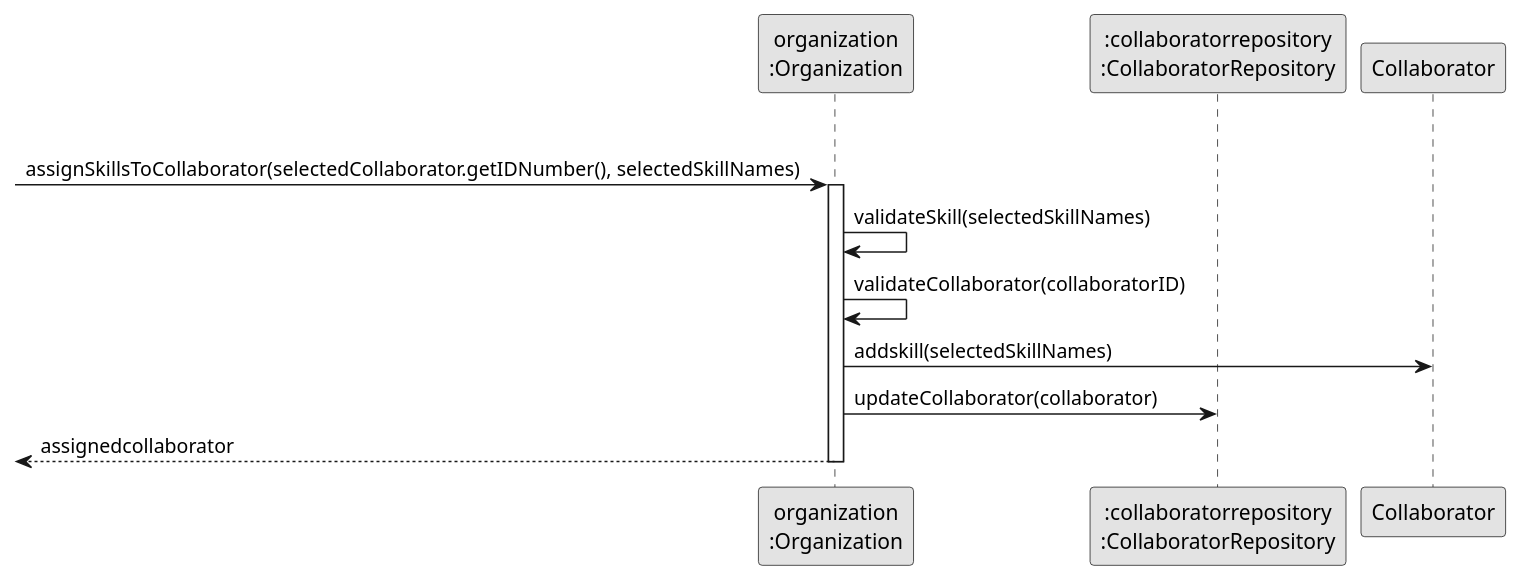
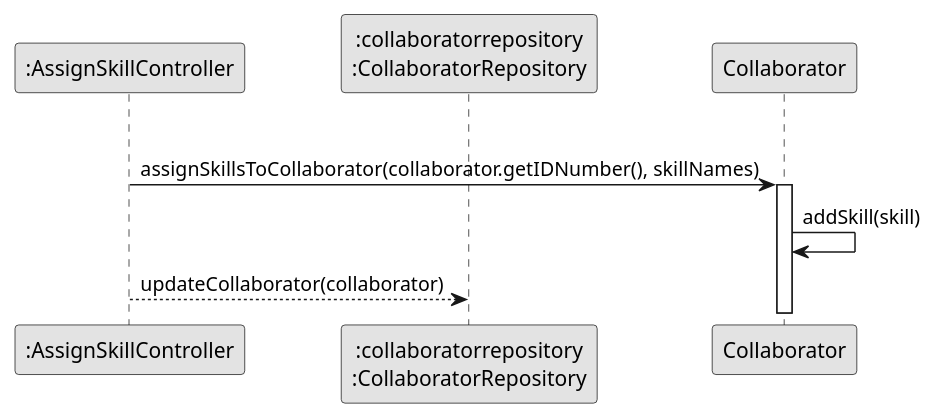
The diagram in docs/sprint3/us004/03.design/puml/us004-sequence-diagram-partial-assign-skill.puml (tiagosoa/lei-24-s2-1dgh-g073), drawn with PlantUML before and after one commit. The commit also changed 14 other files, not shown here.

```diff
--- a/docs/sprint3/us004/03.design/puml/us004-sequence-diagram-partial-assign-skill.puml
+++ b/docs/sprint3/us004/03.design/puml/us004-sequence-diagram-partial-assign-skill.puml
@@ -1,31 +1,25 @@
 @startuml
 skinparam monochrome true
 skinparam packageStyle rectangle
 skinparam shadowing false
 
-participant "organization\n:Organization" as ORG
+participant ":AssignSkillController" as CTRL
 participant ":collaboratorrepository\n:CollaboratorRepository" as CR
 participant "Collaborator" as COLABORADOR
 
     group Assign Skill
-            -> ORG: assignSkillsToCollaborator(selectedCollaborator.getIDNumber(), selectedSkillNames)
-            activate ORG
+    CTRL -> COLABORADOR: assignSkillsToCollaborator(collaborator.getIDNumber(), skillNames)
+    activate COLABORADOR
+
+                                COLABORADOR -> COLABORADOR: addSkill(skill)
 
 
 
-                    ORG -> ORG: validateSkill(selectedSkillNames)
-                    ORG -> ORG: validateCollaborator(collaboratorID)
-                ORG -> COLABORADOR: addskill(selectedSkillNames)
-                ORG -> CR: updateCollaborator(collaborator)
 
 
-               <-- ORG : assignedcollaborator
-
-            deactivate ORG
-
-
-                        deactivate ORG
+                        CTRL --> CR: updateCollaborator(collaborator)
+                        deactivate CR
 
 
 
 @enduml
```
